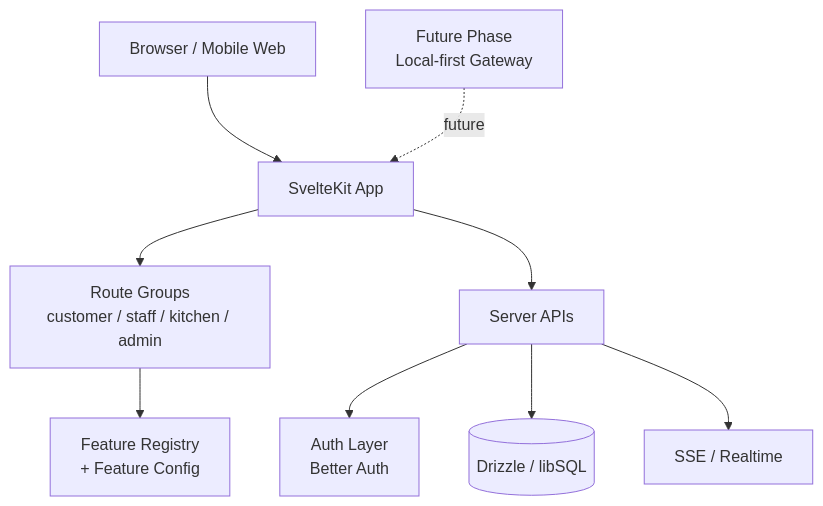
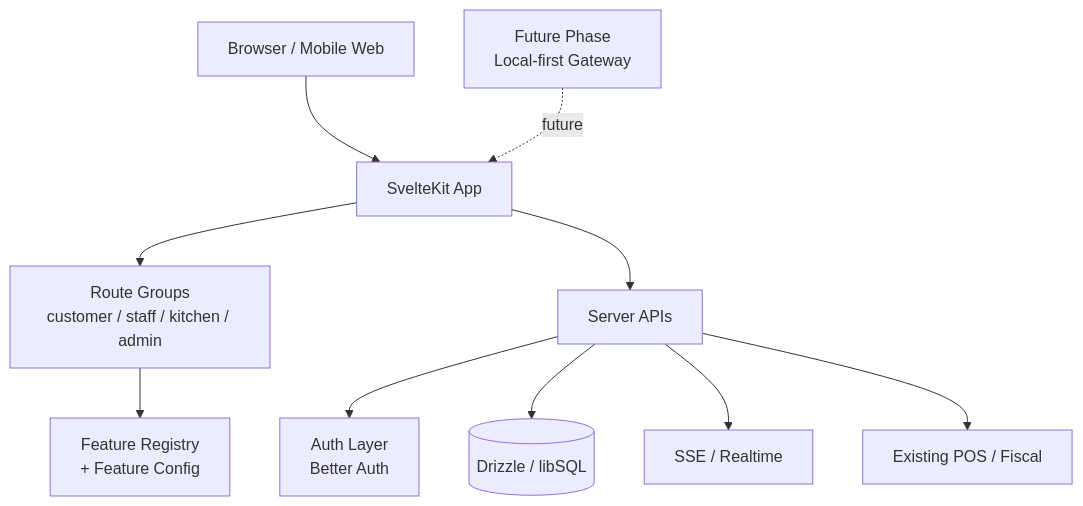
Before and after one commit to dolly450/orderly_docs: the diagram in architecture/overview.md, drawn with Mermaid. The commit also changed other lines of this file and 9 other files, not shown here.

````diff
--- a/architecture/overview.md
+++ b/architecture/overview.md
@@ -17,21 +19,23 @@
 ```mermaid
 flowchart TD
     B[Browser / Mobile Web]
     A[SvelteKit App]
     R[Route Groups\ncustomer / staff / kitchen / admin]
     F[Feature Registry\n+ Feature Config]
     S[Server APIs]
     A1[Auth Layer\nBetter Auth]
     D[(Drizzle / libSQL)]
     E[SSE / Realtime]
+    P[Existing POS / Fiscal]
     M[Future Phase\nLocal-first Gateway]
 
     B --> A
     A --> R
     R --> F
     A --> S
     S --> A1
     S --> D
     S --> E
+    S --> P
     M -. future .-> A
 ```
````
